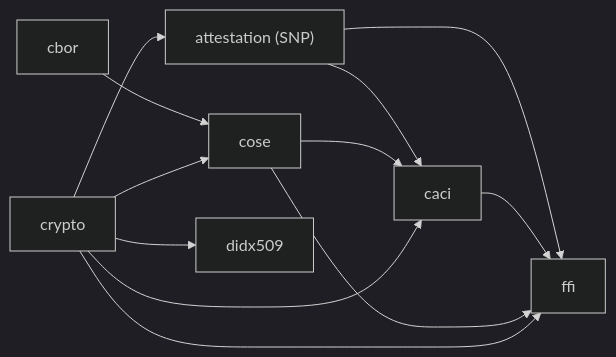
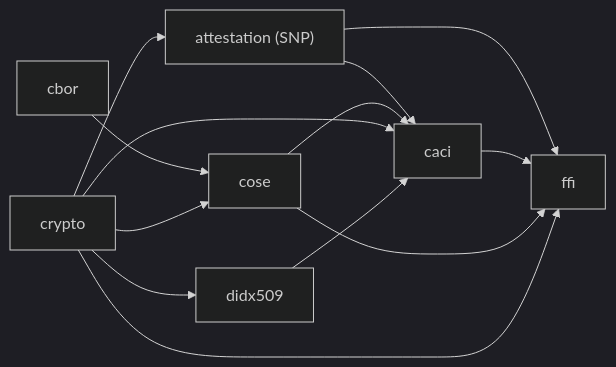
The diagram in README.md (microsoft/TEE-Attestation-Verification), drawn with Mermaid (dark theme) before and after one commit. The commit also changed other lines of this file and 14 other files, not shown here.

````diff
--- a/README.md
+++ b/README.md
@@ -38,22 +38,23 @@
 ```mermaid
 flowchart LR
     attestation["attestation (SNP)"]
     caci[caci]
     cbor[cbor]
     cose[cose]
     crypto[crypto]
     didx509[didx509]
     ffi[ffi]
 
     crypto --> attestation
     attestation --> caci
     cose --> caci
     crypto --> caci
     crypto --> didx509
+    didx509 --> caci
     cbor --> cose
     crypto --> cose
     attestation --> ffi
     caci --> ffi
     cose --> ffi
     crypto --> ffi
 ```
````
